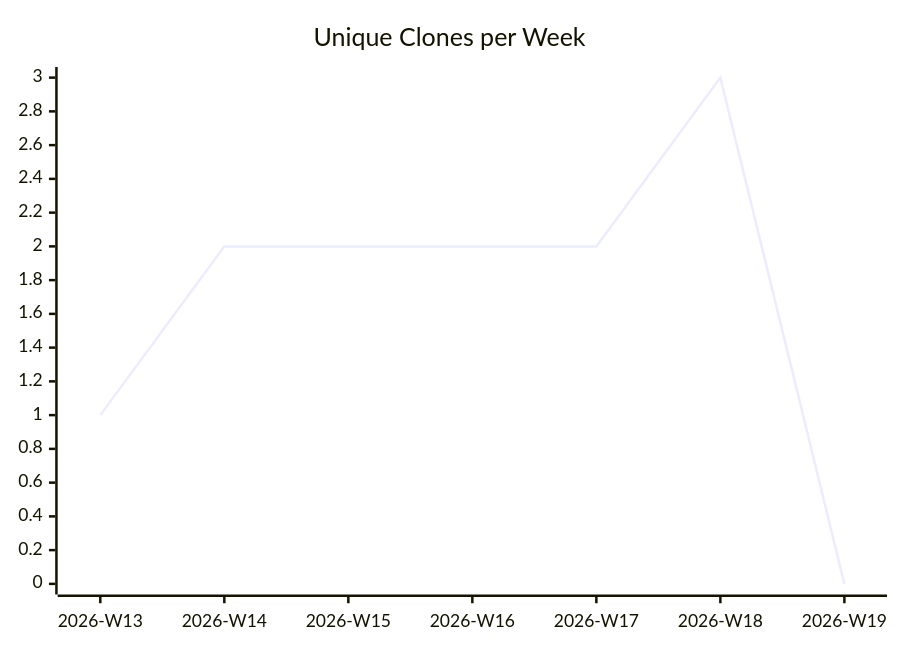
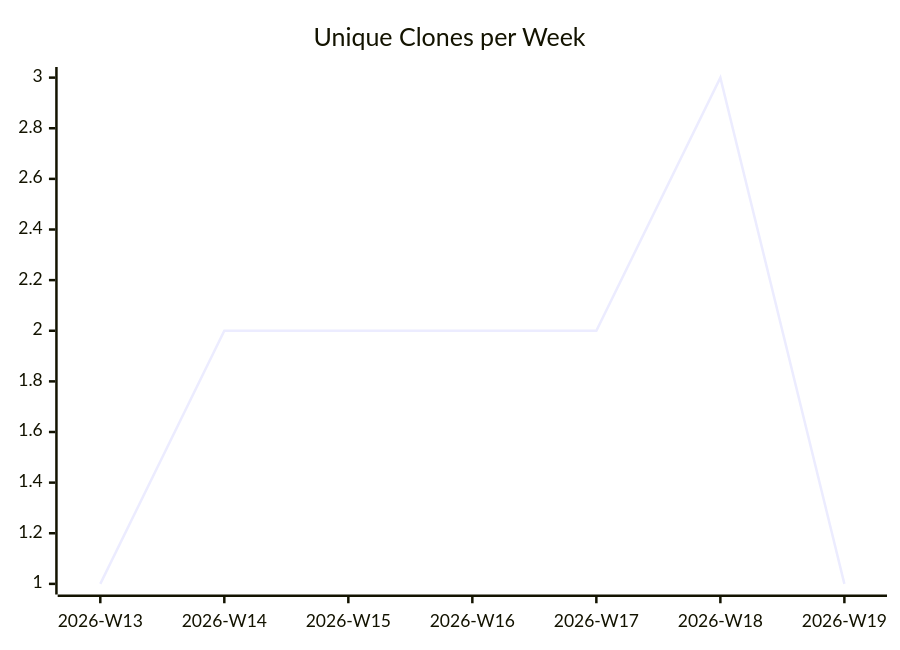
Before and after one commit to justdavis-family/github-analytics-data: the third of 3 diagrams in karlmdavis/hello-rust-actix/README.md, drawn with Mermaid. The commit also changed other lines of this file and 187 other files, not shown here.

````diff
--- a/karlmdavis/hello-rust-actix/README.md
+++ b/karlmdavis/hello-rust-actix/README.md
@@ -19,6 +19,6 @@
 ```mermaid
 xychart-beta
   title "Unique Clones per Week"
   x-axis ["2026-W13", "2026-W14", "2026-W15", "2026-W16", "2026-W17", "2026-W18", "2026-W19"]
-  line [1, 2, 2, 2, 2, 3, 0]
+  line [1, 2, 2, 2, 2, 3, 1]
 ```
````
